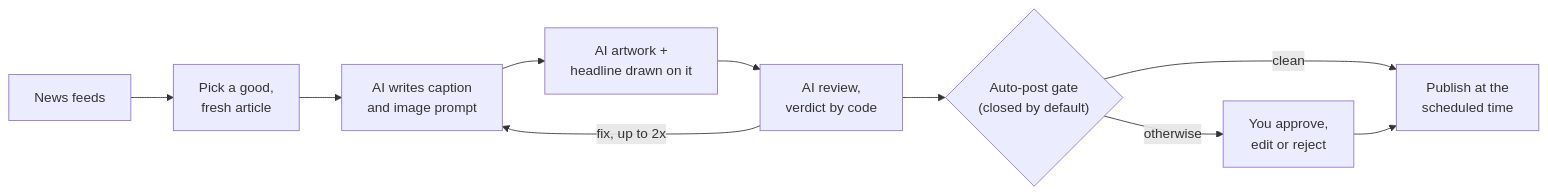
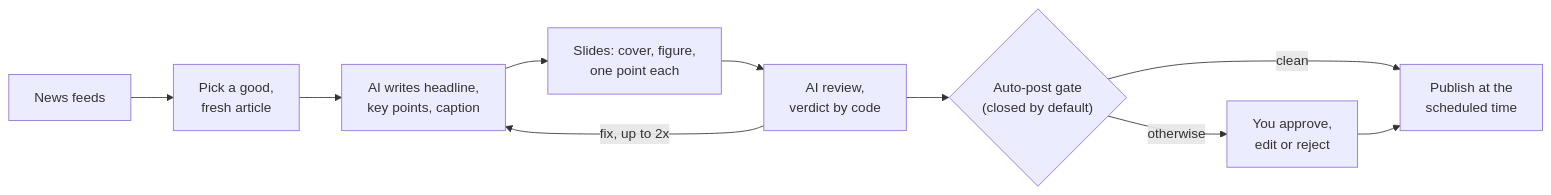
Before and after one commit to Shri0777/AI-Content-Automater: the diagram in README.md, drawn with Mermaid. The commit also changed other lines of this file and 190 other files, not shown here.

````diff
--- a/README.md
+++ b/README.md
@@ -20,12 +25,12 @@
 ```mermaid
 flowchart LR
     news["News feeds"] --> pick["Pick a good,<br/>fresh article"]
-    pick --> write["AI writes caption<br/>and image prompt"]
-    write --> poster["AI artwork +<br/>headline drawn on it"]
+    pick --> write["AI writes headline,<br/>key points, caption"]
+    write --> poster["Slides: cover, figure,<br/>one point each"]
     poster --> review["AI review,<br/>verdict by code"]
     review -->|fix, up to 2x| write
     review --> gate{"Auto-post gate<br/>(closed by default)"}
     gate -->|clean| publish["Publish at the<br/>scheduled time"]
     gate -->|otherwise| you["You approve,<br/>edit or reject"]
     you --> publish
 ```
````
